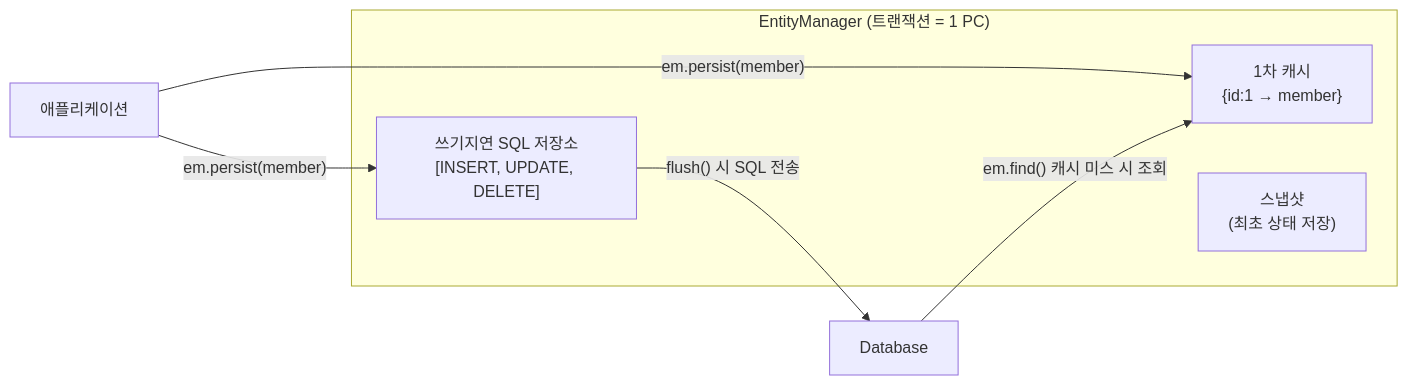
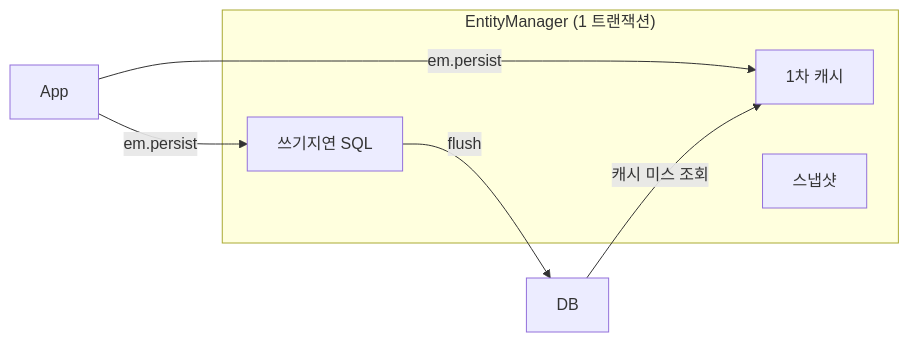
Before and after one commit to yjkim2015/yjkim2015.github.io: the first of 5 diagrams in _posts/jpa/2021-10-17-Jpa 영속성 관리.md, drawn with Mermaid. The commit also changed other lines of this file and 215 other files, not shown here.

First line of the commit message:
신규 포스트 10개 추가 + Mermaid 전면 축소 + SystemDesign 시리즈 보강

````diff
--- a/_posts/jpa/2021-10-17-Jpa 영속성 관리.md
+++ b/_posts/jpa/2021-10-17-Jpa 영속성 관리.md
@@ -23,15 +23,11 @@
 ```mermaid
 graph LR
-    APP["애플리케이션"]
-    subgraph EM["EntityManager (트랜잭션 = 1 PC)"]
-        PC1["1차 캐시\n{id:1 → member}"]
-        PC2["쓰기지연 SQL 저장소\n[INSERT, UPDATE, DELETE]"]
-        SNAP["스냅샷\n(최초 상태 저장)"]
+    APP["App"] -->|em.persist| PC1["1차 캐시"] & PC2["쓰기지연 SQL"]
+    subgraph EM["EntityManager (1 트랜잭션)"]
+        PC1
+        PC2
+        SNAP["스냅샷"]
     end
-    DB["Database"]
-
-    APP -->|"em.persist(member)"| PC1
-    APP -->|"em.persist(member)"| PC2
-    PC2 -->|"flush() 시 SQL 전송"| DB
-    DB -->|"em.find() 캐시 미스 시 조회"| PC1
+    PC2 -->|flush| DB["DB"]
+    DB -->|캐시 미스 조회| PC1
 ```
````
